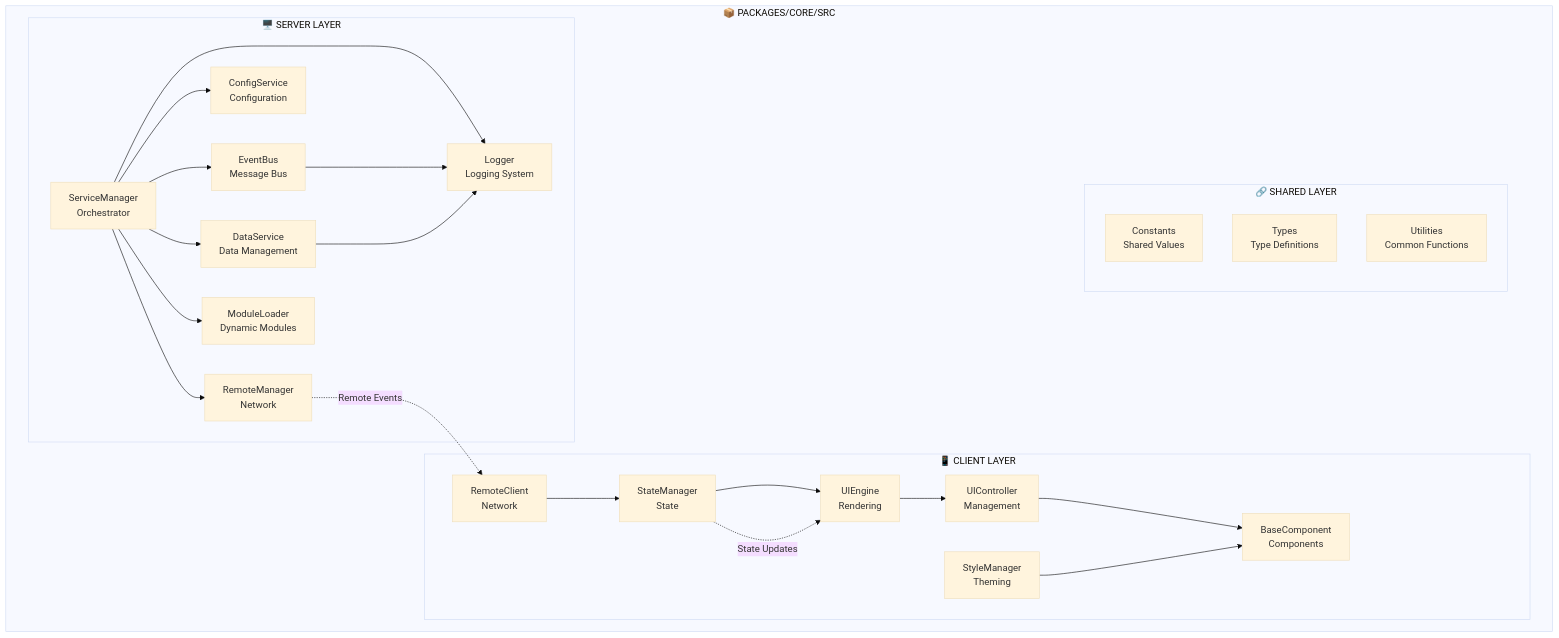
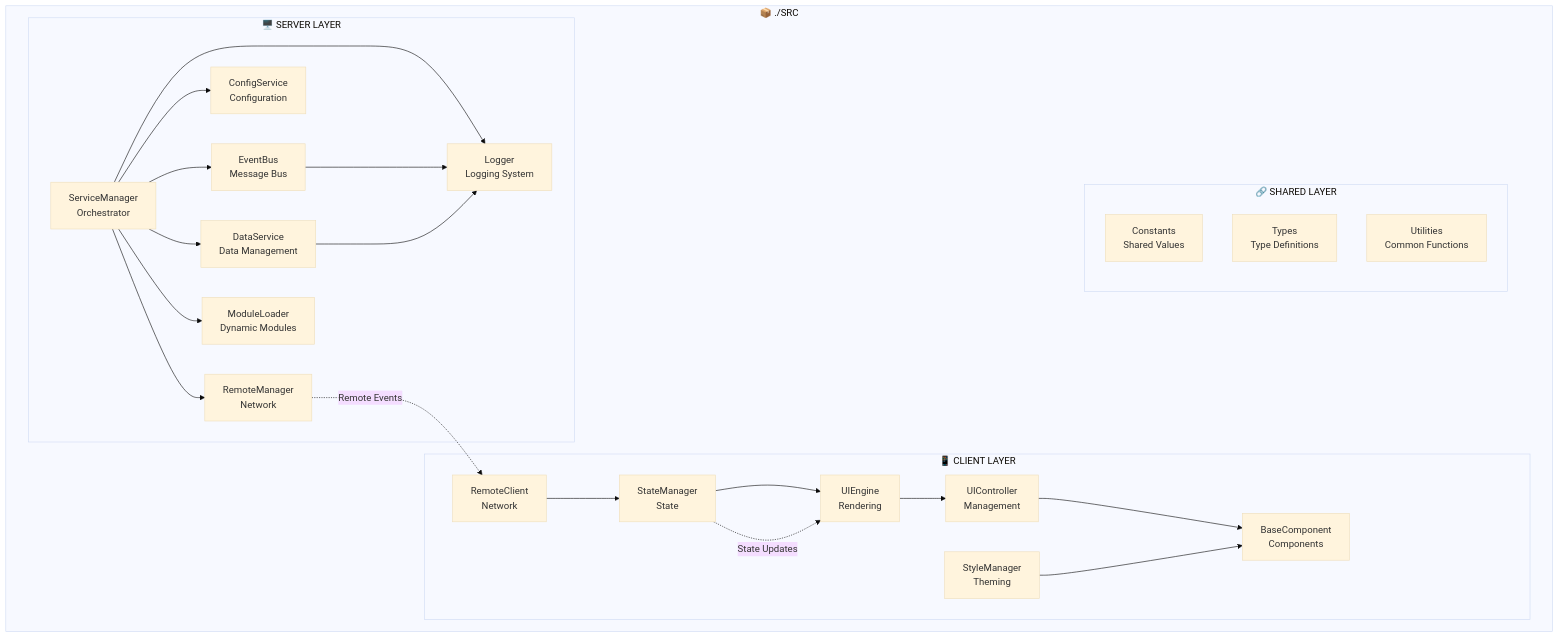
One commit to ovhlstudio/ovhl-roblox changed the diagram in docs/id/ARCHITECTURE.md. Above: the diagram before and after it, drawn with Mermaid (base theme). The commit also changed other lines of this file and 24 other files, not shown here.

````diff
--- a/docs/id/ARCHITECTURE.md
+++ b/docs/id/ARCHITECTURE.md
@@ -31,47 +31,47 @@
 ```mermaid
 graph TB
-    subgraph "📦 PACKAGES/CORE/SRC"
+    subgraph "📦 ./SRC"
         subgraph "🖥️ SERVER LAYER"
             SM[ServiceManager<br/>Orchestrator]
             LG[Logger<br/>Logging System]
             EB[EventBus<br/>Message Bus]
             CF[ConfigService<br/>Configuration]
             DS[DataService<br/>Data Management]
             RM[RemoteManager<br/>Network]
             ML[ModuleLoader<br/>Dynamic Modules]
 
             SM --> LG
             SM --> EB
             SM --> CF
             SM --> DS
             SM --> RM
             SM --> ML
             EB --> LG
             DS --> LG
         end
 
         subgraph "📱 CLIENT LAYER"
             RC[RemoteClient<br/>Network]
             ST[StateManager<br/>State]
             UE[UIEngine<br/>Rendering]
             UC[UIController<br/>Management]
             SY[StyleManager<br/>Theming]
             BC[BaseComponent<br/>Components]
 
             RC --> ST
             ST --> UE
             UE --> UC
             UC --> BC
             SY --> BC
         end
 
         subgraph "🔗 SHARED LAYER"
             CT[Constants<br/>Shared Values]
             TP[Types<br/>Type Definitions]
             UT[Utilities<br/>Common Functions]
         end
     end
 
     RM -.->|Remote Events| RC
     ST -.->|State Updates| UE
 ```
````
